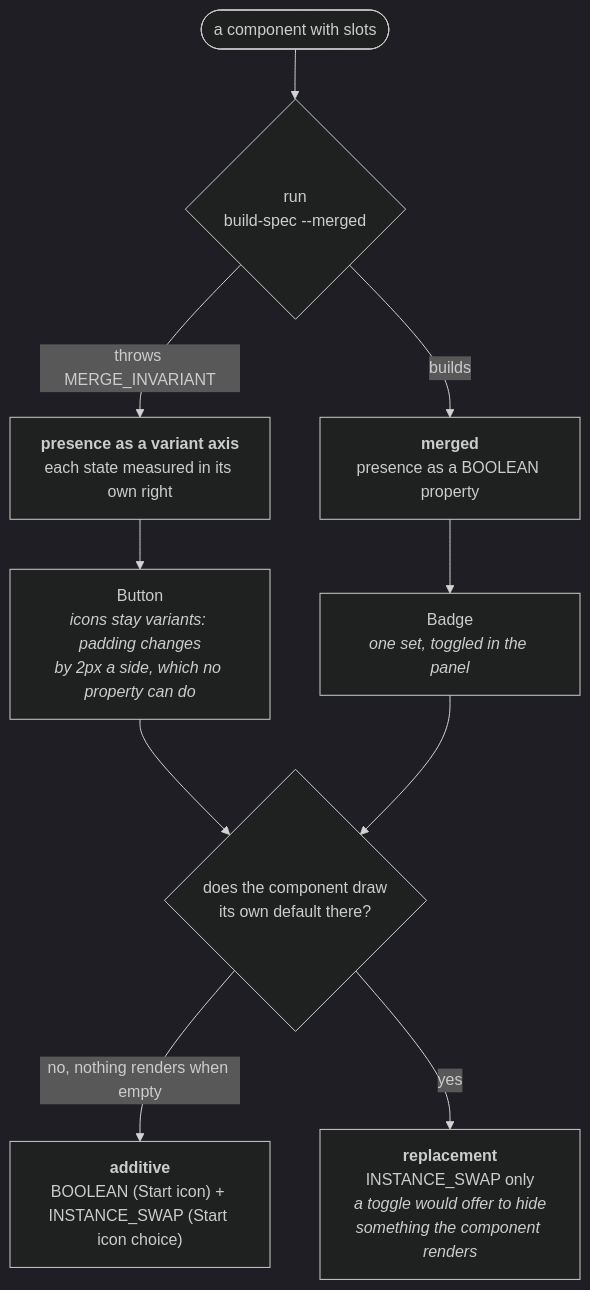
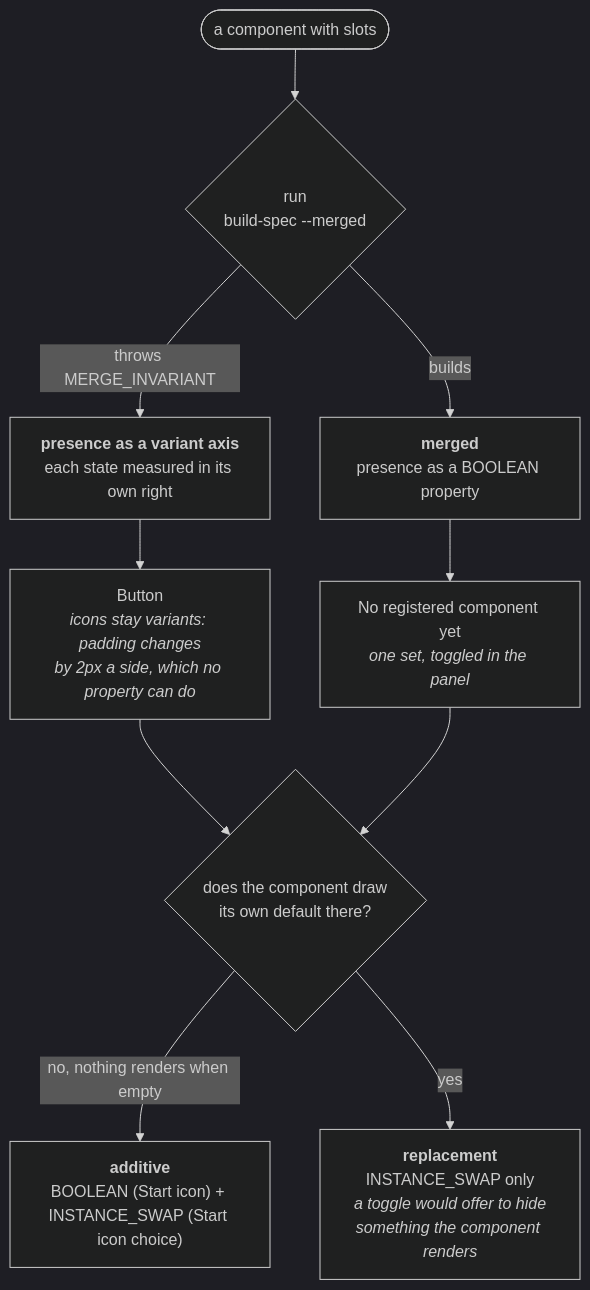
Before and after one commit to dialpad/dialtone: the third of 3 diagrams in packages/figma-components-sync/sync-scripts/README.md, drawn with Mermaid (dark theme). The commit also changed other lines of this file and 25 other files, not shown here.

````diff
--- a/packages/figma-components-sync/sync-scripts/README.md
+++ b/packages/figma-components-sync/sync-scripts/README.md
@@ -267,15 +265,15 @@
 ```mermaid
 flowchart TD
     START([a component with slots]) --> MERGED{"run<br/>build-spec --merged"}
     MERGED -->|throws MERGE_INVARIANT| AXIS["<b>presence as a variant axis</b><br/>each state measured in its own right"]
     MERGED -->|builds| BOOL["<b>merged</b><br/>presence as a BOOLEAN property"]
 
     AXIS --> AXISW["Button<br/><i>icons stay variants: padding changes<br/>by 2px a side, which no property can do</i>"]
-    BOOL --> BOOLW["Badge<br/><i>one set, toggled in the panel</i>"]
+    BOOL --> BOOLW["No registered component yet<br/><i>one set, toggled in the panel</i>"]
 
     KIND{"does the component draw<br/>its own default there?"}
     AXISW --> KIND
     BOOLW --> KIND
     KIND -->|no, nothing renders when empty| ADD["<b>additive</b><br/>BOOLEAN (Start icon) + INSTANCE_SWAP (Start icon choice)"]
     KIND -->|yes| REP["<b>replacement</b><br/>INSTANCE_SWAP only<br/><i>a toggle would offer to hide<br/>something the component renders</i>"]
 ```
````
